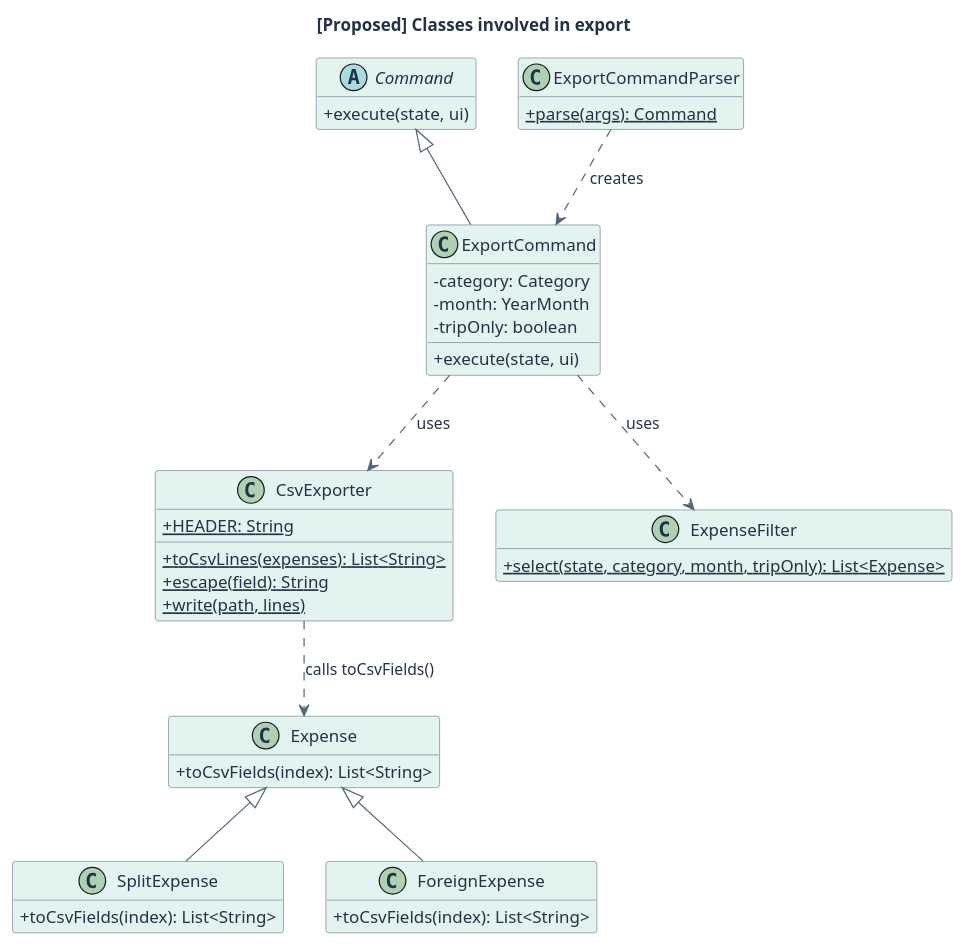
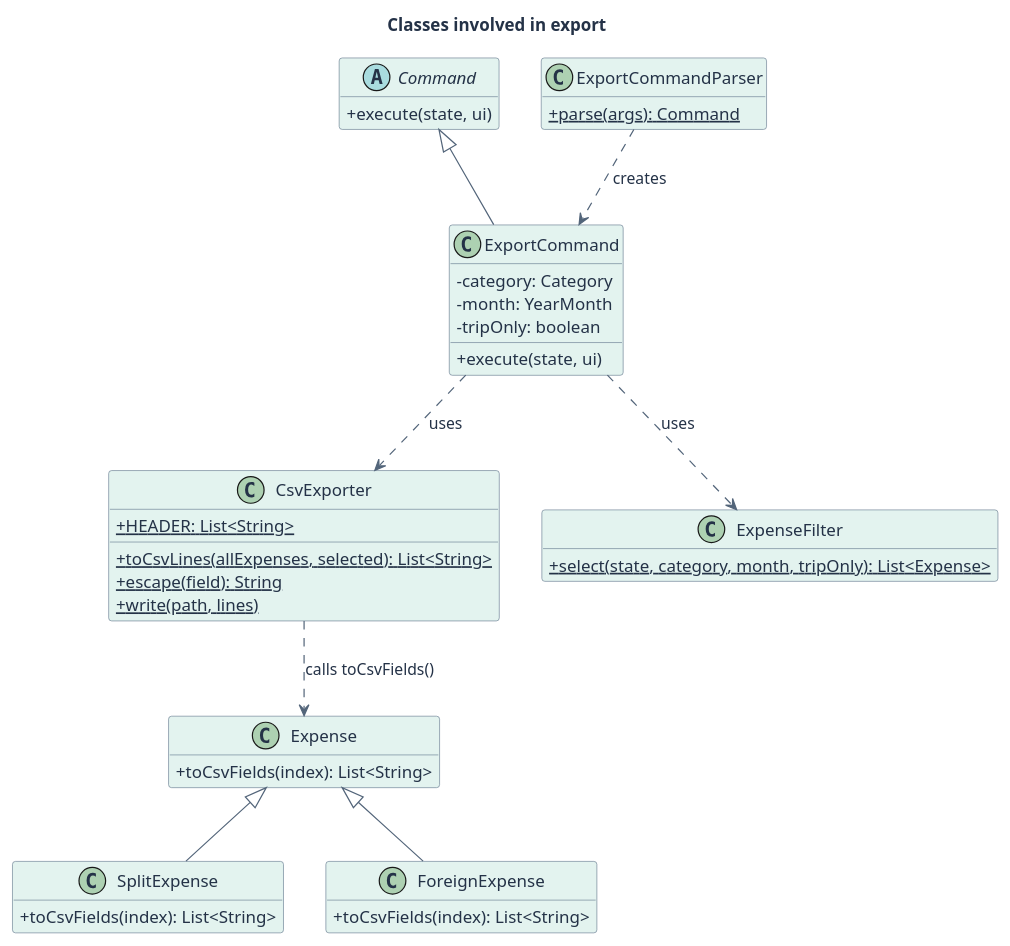
Before and after one commit to AY2627S1-CS2113-W10-1/tp: the diagram in docs/diagrams/ExportClassDiagram.puml, drawn with PlantUML. The commit also changed 11 other files, not shown here.

First line of the commit message:
Wire export into the parser and document CSV export

```diff
--- a/docs/diagrams/ExportClassDiagram.puml
+++ b/docs/diagrams/ExportClassDiagram.puml
@@ -1,51 +1,51 @@
 @startuml
 skinparam backgroundColor #FFFFFF
 skinparam defaultFontColor #243247
 skinparam ArrowColor #53657A
 skinparam classBorderColor #60758A
 skinparam classBackgroundColor #E3F3EF
 skinparam classHeaderBackgroundColor #E3F3EF
 skinparam NoteBackgroundColor #FFF8DE
 skinparam NoteBorderColor #BDAA65
 skinparam shadowing false
 skinparam classAttributeIconSize 0
 hide empty members
-title [Proposed] Classes involved in export
+title Classes involved in export
 abstract class Command {
   +execute(state, ui)
 }
 class ExportCommand {
   -category: Category
   -month: YearMonth
   -tripOnly: boolean
   +execute(state, ui)
 }
 class ExportCommandParser {
   +{static} parse(args): Command
 }
 class CsvExporter {
-  +{static} HEADER: String
-  +{static} toCsvLines(expenses): List<String>
+  +{static} HEADER: List<String>
+  +{static} toCsvLines(allExpenses, selected): List<String>
   +{static} escape(field): String
   +{static} write(path, lines)
 }
 class ExpenseFilter {
   +{static} select(state, category, month, tripOnly): List<Expense>
 }
 class Expense {
   +toCsvFields(index): List<String>
 }
 class SplitExpense {
   +toCsvFields(index): List<String>
 }
 class ForeignExpense {
   +toCsvFields(index): List<String>
 }
 Command <|-- ExportCommand
 ExportCommandParser ..> ExportCommand : creates
 ExportCommand ..> ExpenseFilter : uses
 ExportCommand ..> CsvExporter : uses
 CsvExporter ..> Expense : calls toCsvFields()
 Expense <|-- SplitExpense
 Expense <|-- ForeignExpense
 @enduml
```
